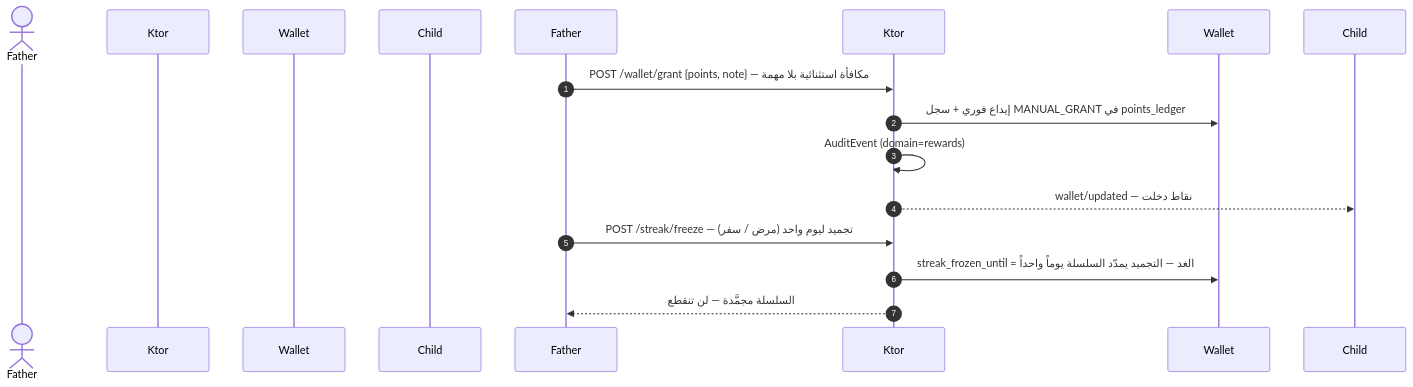
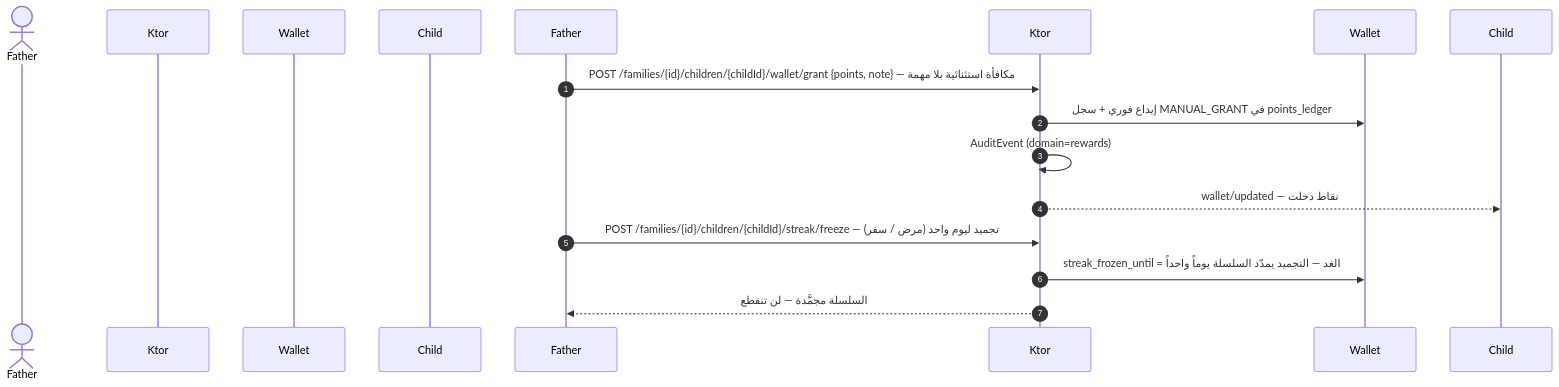
One commit to Bassam-mohammed-alqaeadi/family-os-v2 changed the sixth of 11 diagrams in docs/family-os/governance/phases/phase-1/S1-05-rewards-children/DIAGRAMS.md. Above: the diagram before and after it, drawn with Mermaid. The commit also changed other lines of this file and 34 other files, not shown here.

````diff
--- a/docs/family-os/governance/phases/phase-1/S1-05-rewards-children/DIAGRAMS.md
+++ b/docs/family-os/governance/phases/phase-1/S1-05-rewards-children/DIAGRAMS.md
@@ -258,15 +260,15 @@
 ```mermaid
 sequenceDiagram
     autonumber
     actor الأب as Father
     participant الخادم as Ktor
     participant المحفظة as Wallet
     participant الطفل as Child
-    Father->>Ktor: POST /wallet/grant {points, note} — مكافأة استثنائية بلا مهمة
+    Father->>Ktor: POST /families/{id}/children/{childId}/wallet/grant {points, note} — مكافأة استثنائية بلا مهمة
     Ktor->>Wallet: إيداع فوري + سجل MANUAL_GRANT في points_ledger
     Ktor->>Ktor: AuditEvent (domain=rewards)
     Ktor-->>Child: wallet/updated — نقاط دخلت
-    Father->>Ktor: POST /streak/freeze — تجميد ليوم واحد (مرض / سفر)
+    Father->>Ktor: POST /families/{id}/children/{childId}/streak/freeze — تجميد ليوم واحد (مرض / سفر)
     Ktor->>Wallet: streak_frozen_until = الغد — التجميد يمدّد السلسلة يوماً واحداً
     Ktor-->>Father: السلسلة مجمَّدة — لن تنقطع
 ```
````
